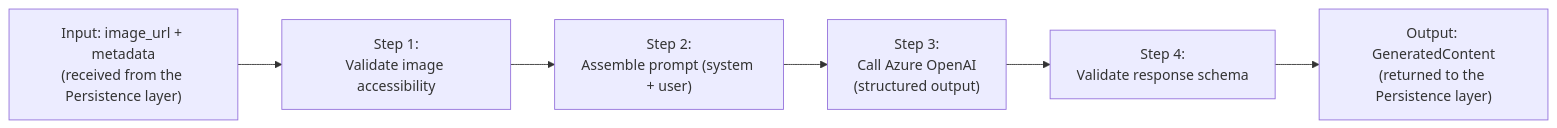
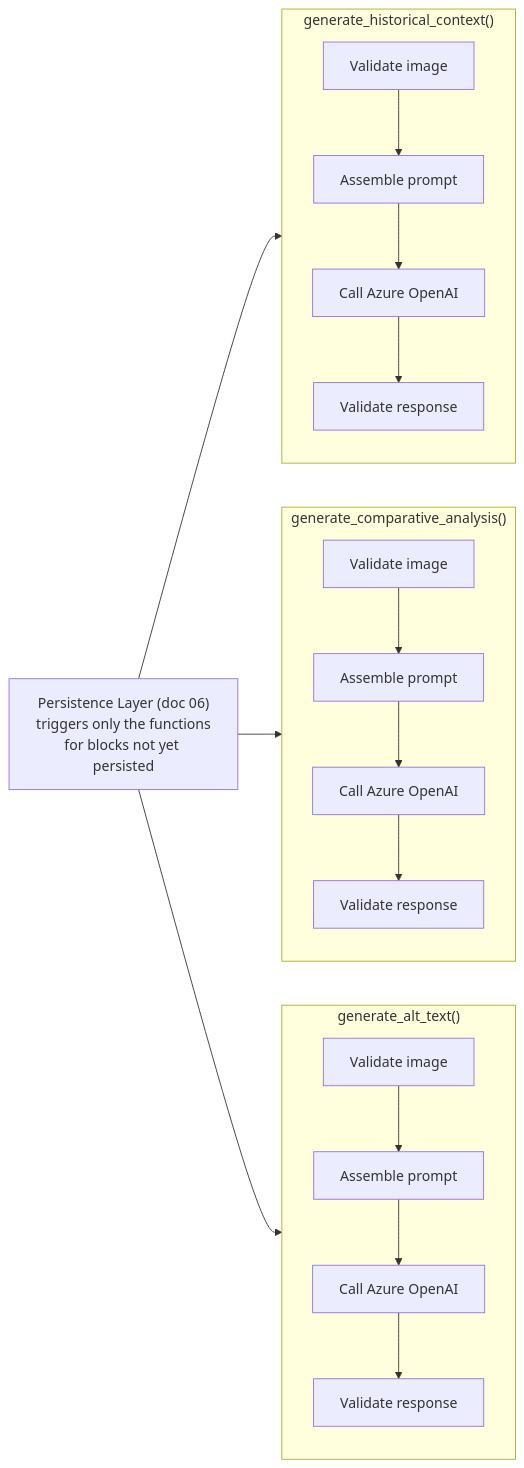
Before and after one commit to Jeferson-Filho/Art-Archive-Front-AI: the first of 3 diagrams in documentation/specs/09-ai-pipeline.md, drawn with Mermaid. The commit also changed other lines of this file and 10 other files, not shown here.

````diff
--- a/documentation/specs/09-ai-pipeline.md
+++ b/documentation/specs/09-ai-pipeline.md
@@ -20,8 +26,16 @@
 ```mermaid
 flowchart LR
-    Input["Input: image_url + metadata<br/>(received from the Persistence layer)"] --> ImgCheck["Step 1:<br/>Validate image accessibility"]
-    ImgCheck --> Prompt["Step 2:<br/>Assemble prompt (system + user)"]
-    Prompt --> LLMCall["Step 3:<br/>Call Azure OpenAI<br/>(structured output)"]
-    LLMCall --> Validate["Step 4:<br/>Validate response schema"]
-    Validate --> Output["Output: GeneratedContent<br/>(returned to the Persistence layer)"]
+    subgraph HC["generate_historical_context()"]
+        HCImg["Validate image"] --> HCPrompt["Assemble prompt"] --> HCLLM["Call Azure OpenAI"] --> HCValidate["Validate response"]
+    end
+    subgraph CA["generate_comparative_analysis()"]
+        CAImg["Validate image"] --> CAPrompt["Assemble prompt"] --> CALLM["Call Azure OpenAI"] --> CAValidate["Validate response"]
+    end
+    subgraph AT["generate_alt_text()"]
+        ATImg["Validate image"] --> ATPrompt["Assemble prompt"] --> ATLLM["Call Azure OpenAI"] --> ATValidate["Validate response"]
+    end
+
+    Persistence["Persistence Layer (doc 06)<br/>triggers only the functions<br/>for blocks not yet persisted"] --> HC
+    Persistence --> CA
+    Persistence --> AT
 ```
````
